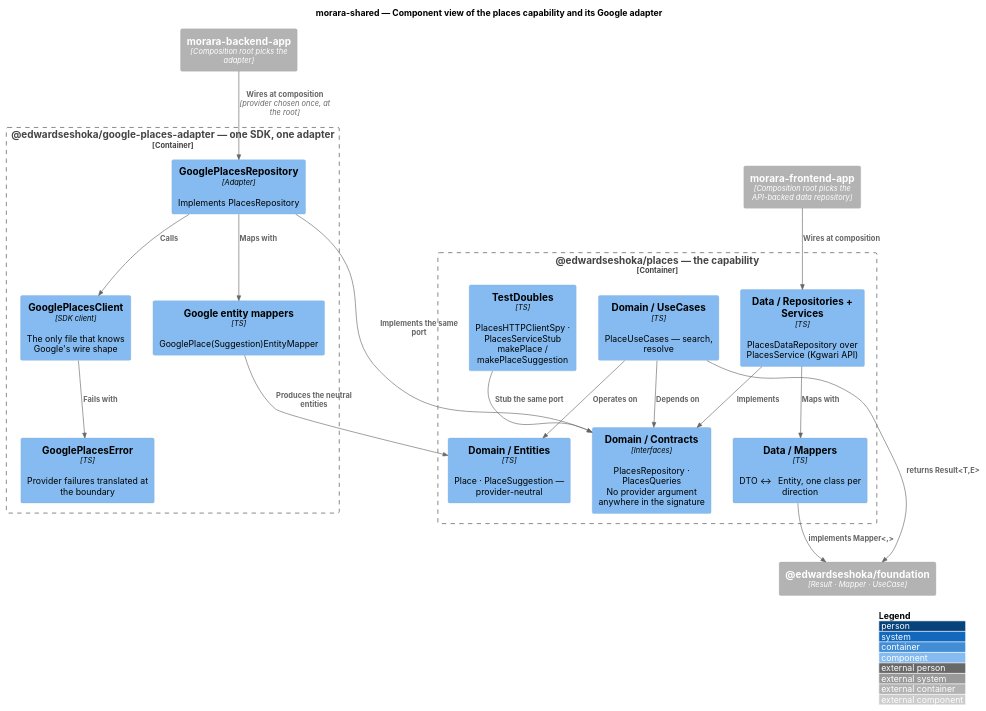
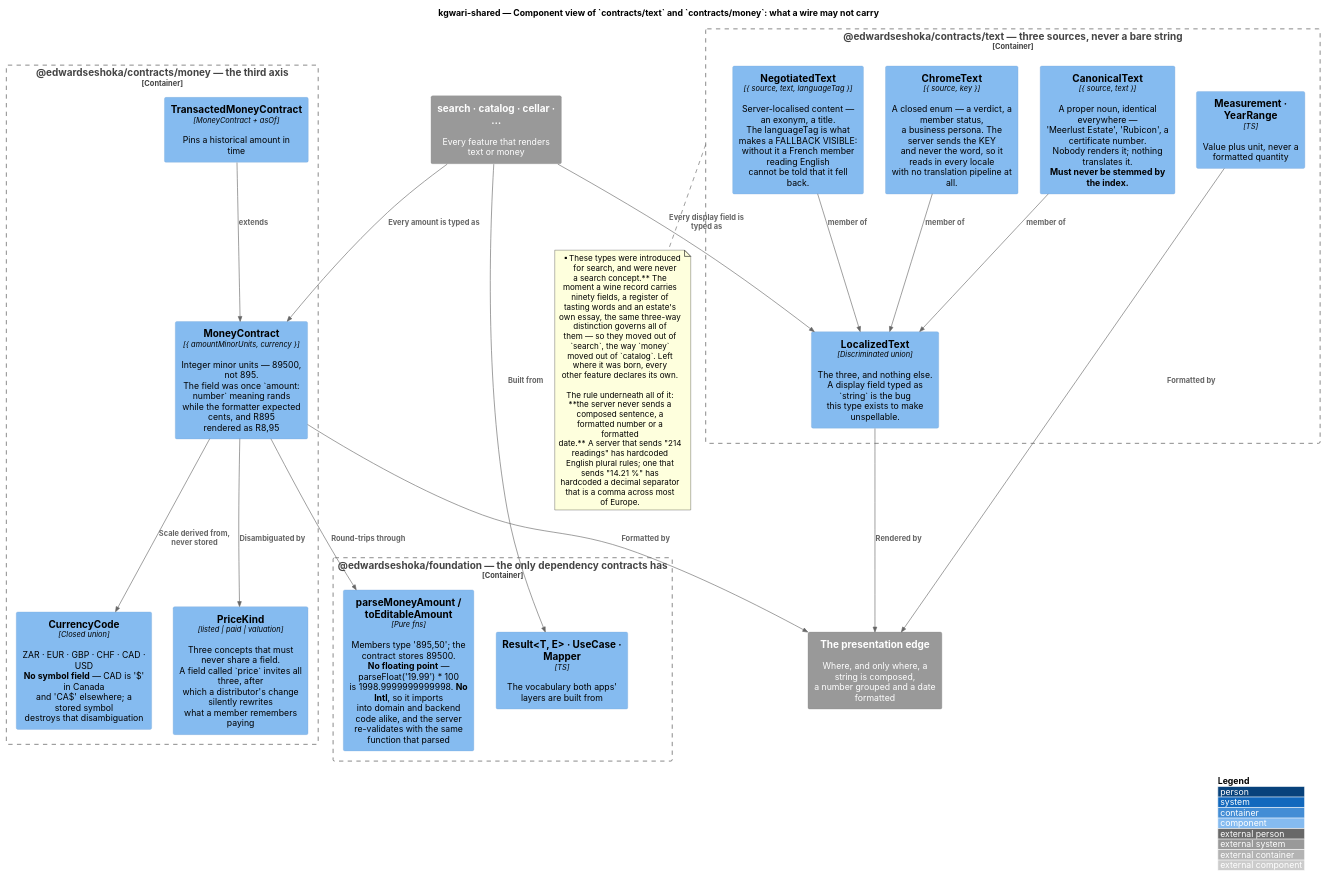
One commit to EdwardSeshoka/kgwari-portfolio changed the diagram in site-src/diagrams/sh-component.puml. Above: the diagram before and after it, drawn with PlantUML. The commit also changed 57 other files, not shown here.

Commit message:
feature(all): Update with further arcitectural changes

```diff
--- a/site-src/diagrams/sh-component.puml
+++ b/site-src/diagrams/sh-component.puml
@@ -1,49 +1,66 @@
 @startuml
 !include https://raw.githubusercontent.com/plantuml-stdlib/C4-PlantUML/master/C4_Component.puml
 
 LAYOUT_WITH_LEGEND()
 HIDE_STEREOTYPE()
 skinparam backgroundColor #FFFFFF
 skinparam defaultFontName "Inter"
 skinparam shadowing false
 
-title morara-shared — Component view of the places capability and its Google adapter
+title kgwari-shared — Component view of `contracts/text` and `contracts/money`: what a wire may not carry
 
-Container_Boundary(places, "@edwardseshoka/places — the capability") {
-  Component(pDomain, "Domain / Entities", "TS", "Place · PlaceSuggestion — provider-neutral")
-  Component(pUseCases, "Domain / UseCases", "TS", "PlaceUseCases — search, resolve")
-  Component(pPort, "Domain / Contracts", "Interfaces", "PlacesRepository · PlacesQueries\nNo provider argument anywhere in the signature")
-  Component(pData, "Data / Repositories + Services", "TS", "PlacesDataRepository over PlacesService (Kgwari API)")
-  Component(pMappers, "Data / Mappers", "TS", "DTO <-> Entity, one class per direction")
-  Component(pDoubles, "TestDoubles", "TS", "PlacesHTTPClientSpy · PlacesServiceStub\nmakePlace / makePlaceSuggestion")
+Container_Boundary(text, "@edwardseshoka/contracts/text — three sources, never a bare string") {
+  Component(canonical, "CanonicalText", "{ source, text }", "A proper noun, identical everywhere —\n'Meerlust Estate', 'Rubicon', a certificate number.\nNobody renders it; nothing translates it.\n**Must never be stemmed by the index.**")
+  Component(chrome, "ChromeText", "{ source, key }", "A closed enum — a verdict, a member status,\na business persona. The server sends the KEY\nand never the word, so it reads in every locale\nwith no translation pipeline at all.")
+  Component(negotiated, "NegotiatedText", "{ source, text, languageTag }", "Server-localised content — an exonym, a title.\nThe languageTag is what makes a FALLBACK VISIBLE:\nwithout it a French member reading English\ncannot be told that it fell back.")
+  Component(union, "LocalizedText", "Discriminated union", "The three, and nothing else.\nA display field typed as `string` is the bug\nthis type exists to make unspellable.")
+  Component(measurement, "Measurement · YearRange", "TS", "Value plus unit, never a formatted quantity")
 }
 
-Container_Boundary(gplaces, "@edwardseshoka/google-places-adapter — one SDK, one adapter") {
-  Component(gRepo, "GooglePlacesRepository", "Adapter", "Implements PlacesRepository")
-  Component(gClient, "GooglePlacesClient", "SDK client", "The only file that knows Google's wire shape")
-  Component(gMappers, "Google entity mappers", "TS", "GooglePlace(Suggestion)EntityMapper")
-  Component(gErrors, "GooglePlacesError", "TS", "Provider failures translated at the boundary")
+Container_Boundary(money, "@edwardseshoka/contracts/money — the third axis") {
+  Component(moneyC, "MoneyContract", "{ amountMinorUnits, currency }", "Integer minor units — 89500, not 895.\nThe field was once `amount: number` meaning rands\nwhile the formatter expected cents, and R895\nrendered as R8,95")
+  Component(currency, "CurrencyCode", "Closed union", "ZAR · EUR · GBP · CHF · CAD · USD\n**No symbol field** — CAD is '$' in Canada\nand 'CA$' elsewhere; a stored symbol\ndestroys that disambiguation")
+  Component(priceKind, "PriceKind", "listed | paid | valuation", "Three concepts that must never share a field.\nA field called `price` invites all three, after\nwhich a distributor's change silently rewrites\nwhat a member remembers paying")
+  Component(transacted, "TransactedMoneyContract", "MoneyContract + asOf", "Pins a historical amount in time")
 }
 
-Container_Ext(foundation, "@edwardseshoka/foundation", "Result · Mapper · UseCase")
-Container_Ext(be, "morara-backend-app", "Composition root picks the adapter")
-Container_Ext(fe, "morara-frontend-app", "Composition root picks the API-backed data repository")
+Container_Boundary(foundation, "@edwardseshoka/foundation — the only dependency contracts has") {
+  Component(parse, "parseMoneyAmount / toEditableAmount", "Pure fns", "Members type '895,50'; the contract stores 89500.\n**No floating point** — parseFloat('19.99') * 100\nis 1998.9999999999998. **No Intl**, so it imports\ninto domain and backend code alike, and the server\nre-validates with the same function that parsed")
+  Component(result, "Result<T, E> · UseCase · Mapper", "TS", "The vocabulary both apps' layers are built from")
+}
 
-Rel(pUseCases, pPort, "Depends on")
-Rel(pUseCases, pDomain, "Operates on")
-Rel(pData, pPort, "Implements")
-Rel(pData, pMappers, "Maps with")
-Rel(pMappers, foundation, "implements Mapper<,>")
-Rel(pUseCases, foundation, "returns Result<T,E>")
-Rel(pDoubles, pPort, "Stub the same port")
+System_Ext(features, "search · catalog · cellar · …", "Every feature that renders text or money")
+System_Ext(clientEdge, "The presentation edge", "Where, and only where, a string is composed,\na number grouped and a date formatted")
 
-Rel(gRepo, pPort, "Implements the same port")
-Rel(gRepo, gClient, "Calls")
-Rel(gRepo, gMappers, "Maps with")
-Rel(gClient, gErrors, "Fails with")
-Rel(gMappers, pDomain, "Produces the neutral entities")
+Rel(canonical, union, "member of")
+Rel(chrome, union, "member of")
+Rel(negotiated, union, "member of")
+Rel(features, union, "Every display field is typed as")
+Rel(features, moneyC, "Every amount is typed as")
+Rel(moneyC, currency, "Scale derived from, never stored")
+Rel(moneyC, priceKind, "Disambiguated by")
+Rel(transacted, moneyC, "extends")
+Rel(moneyC, parse, "Round-trips through")
+Rel(union, clientEdge, "Rendered by")
+Rel(moneyC, clientEdge, "Formatted by")
+Rel(measurement, clientEdge, "Formatted by")
+Rel(features, result, "Built from")
 
-Rel(be, gRepo, "Wires at composition", "provider chosen once, at the root")
-Rel(fe, pData, "Wires at composition")
+note bottom of text
+  **These types were introduced for search, and were never
+  a search concept.** The moment a wine record carries
+  ninety fields, a register of tasting words and an estate's
+  own essay, the same three-way distinction governs all of
+  them — so they moved out of `search`, the way `money`
+  moved out of `catalog`. Left where it was born, every
+  other feature declares its own.
+
+  The rule underneath all of it: **the server never sends a
+  composed sentence, a formatted number or a formatted
+  date.** A server that sends "214 readings" has hardcoded
+  English plural rules; one that sends "14.21 %" has
+  hardcoded a decimal separator that is a comma across most
+  of Europe.
+end note
 
 @enduml
```
